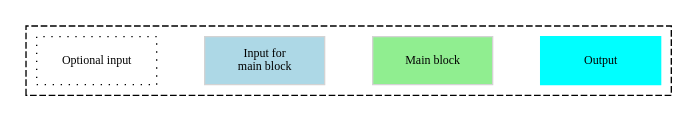
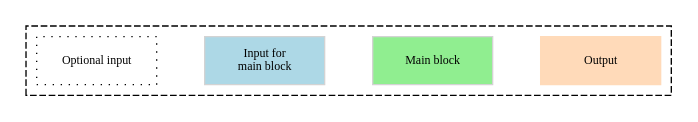
Before and after one commit to Tudat/tudat: the second of 2 diagrams in tutorials/tudatFeatures/index.rst, drawn with Graphviz. The commit also changed other lines of this file and 3 other files, not shown here.

```diff
--- a/tutorials/tudatFeatures/index.rst
+++ b/tutorials/tudatFeatures/index.rst
@@ -130,26 +130,26 @@
 .. graphviz::
 
    digraph
    {
       # General diagram settings
       rankdir = "LR";
       splines = ortho;    
       compound = true;  
 
       subgraph clusterLegend
       {
       rank = min;
       style = dashed;
 
 
      	# general node settings 
      	node [shape = box, style = filled, width = 1.25, fixedsize = true, color = lightgrey, fontname = FontAwesome, fontsize = 9];
 
 
    	"Main block" [fillcolor = lightgreen];
      	"Optional input" [style = dotted, fillcolor = lightgrey, color = black];
      	"Input for \nmain block" [fillcolor = lightblue];
-      Output [color = cyan];
+      Output [color = peachpuff];
      	"Optional input"-> "Input for \nmain block" -> "Main block" -> "Output" [style = invis];
       }
    }
```
